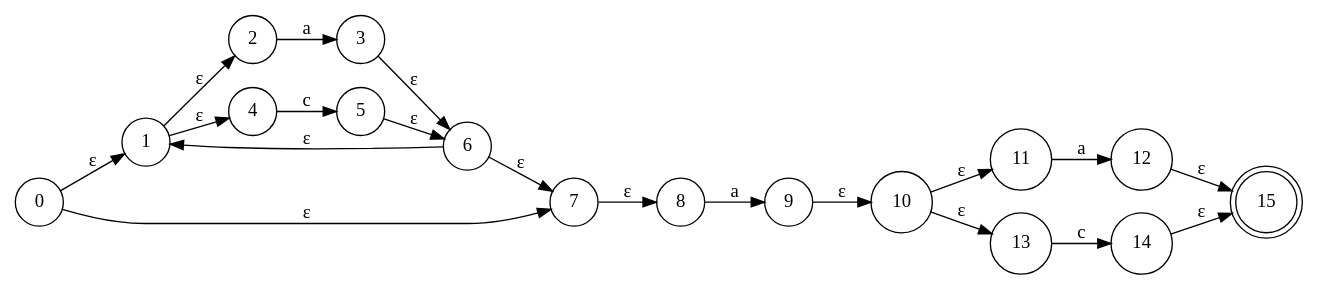
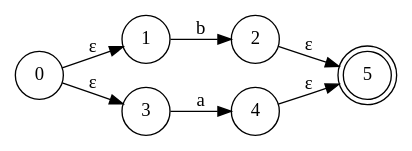
The diagram in Scheme_Interpreter/eNFAregexPLUSregex.dot (desmetr/SchemeInterpreter), drawn with Graphviz before and after one commit. The commit also changed 9 other files, not shown here.

```diff
--- a/Scheme_Interpreter/eNFAregexPLUSregex.dot
+++ b/Scheme_Interpreter/eNFAregexPLUSregex.dot
@@ -1,55 +1,22 @@
 digraph eNFA {
 	rankdir=LR;
 
 	0 [shape=circle];
 	0 -> 1 [label="ε"];
-	0 -> 7 [label="ε"];
+	0 -> 3 [label="ε"];
 
 	1 [shape=circle];
-	1 -> 2 [label="ε"];
-	1 -> 4 [label="ε"];
+	1 -> 2 [label="b"];
 
 	2 [shape=circle];
-	2 -> 3 [label="a"];
+	2 -> 5 [label="ε"];
 
 	3 [shape=circle];
-	3 -> 6 [label="ε"];
+	3 -> 4 [label="a"];
 
 	4 [shape=circle];
-	4 -> 5 [label="c"];
+	4 -> 5 [label="ε"];
 
-	5 [shape=circle];
-	5 -> 6 [label="ε"];
-
-	6 [shape=circle];
-	6 -> 1 [label="ε"];
-	6 -> 7 [label="ε"];
-
-	7 [shape=circle];
-	7 -> 8 [label="ε"];
-
-	8 [shape=circle];
-	8 -> 9 [label="a"];
-
-	9 [shape=circle];
-	9 -> 10 [label="ε"];
-
-	10 [shape=circle];
-	10 -> 11 [label="ε"];
-	10 -> 13 [label="ε"];
-
-	11 [shape=circle];
-	11 -> 12 [label="a"];
-
-	12 [shape=circle];
-	12 -> 15 [label="ε"];
-
-	13 [shape=circle];
-	13 -> 14 [label="c"];
-
-	14 [shape=circle];
-	14 -> 15 [label="ε"];
-
-	15 [shape=doublecircle];
+	5 [shape=doublecircle];
 
 }
```
